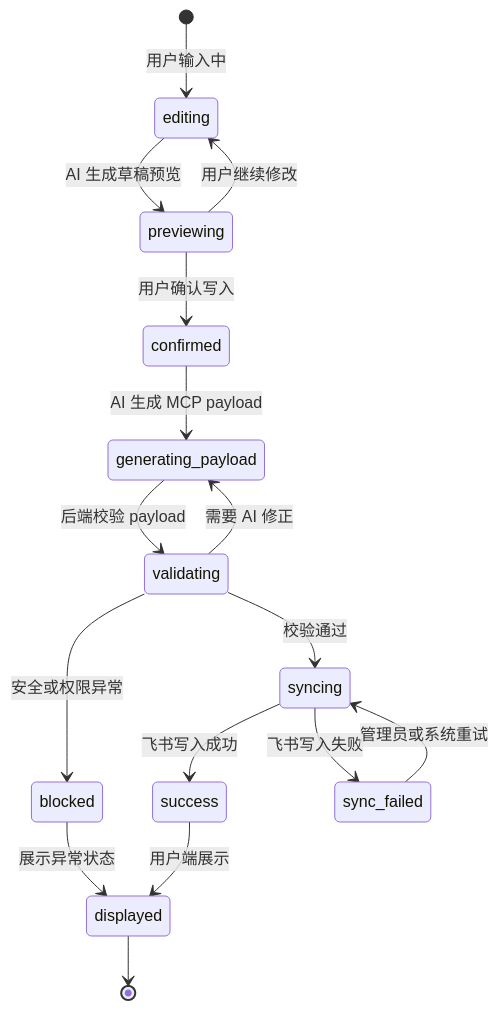
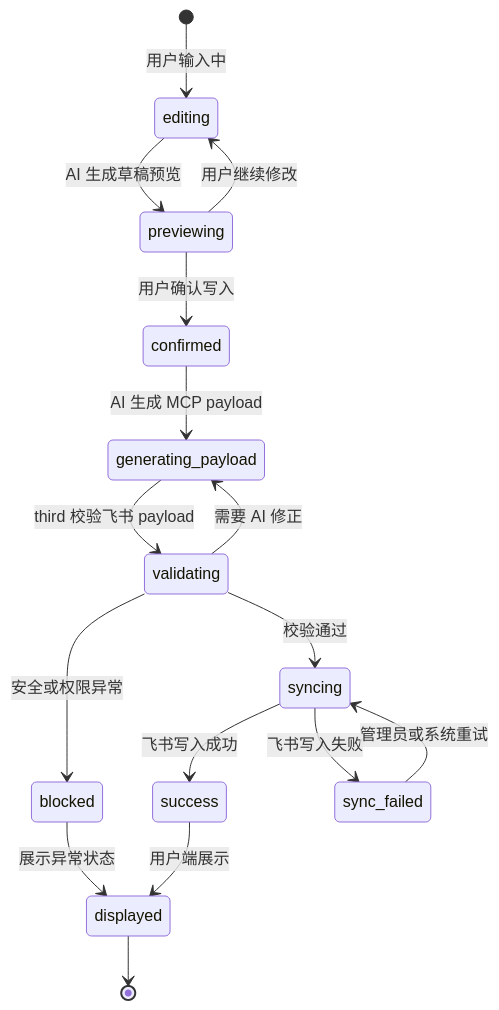
The diagram in docs/活动图/记录状态流转图_优化版.md (246706510miao-svg/for-mygirl), drawn with Mermaid before and after one commit. The commit also changed 28 other files, not shown here.

````diff
--- a/docs/活动图/记录状态流转图_优化版.md
+++ b/docs/活动图/记录状态流转图_优化版.md
@@ -1,25 +1,25 @@
 ```mermaid
 stateDiagram-v2
     [*] --> editing: 用户输入中
 
     editing --> previewing: AI 生成草稿预览
     previewing --> editing: 用户继续修改
     previewing --> confirmed: 用户确认写入
 
     confirmed --> generating_payload: AI 生成 MCP payload
-    generating_payload --> validating: 后端校验 payload
+    generating_payload --> validating: third 校验飞书 payload
 
     validating --> generating_payload: 需要 AI 修正
     validating --> blocked: 安全或权限异常
     validating --> syncing: 校验通过
 
     syncing --> success: 飞书写入成功
     syncing --> sync_failed: 飞书写入失败
 
     sync_failed --> syncing: 管理员或系统重试
 
     success --> displayed: 用户端展示
     blocked --> displayed: 展示异常状态
 
     displayed --> [*]
 ```
````
